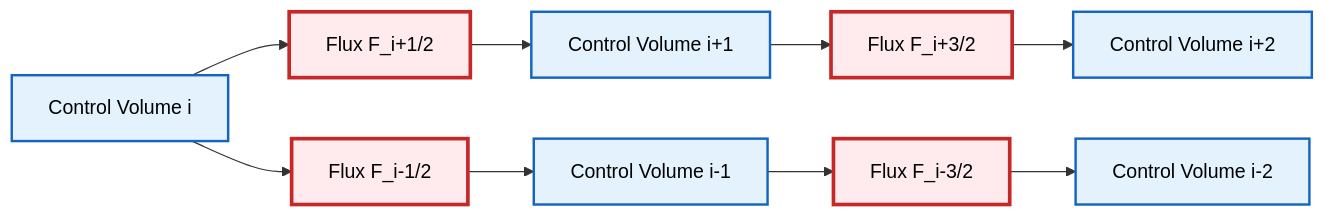
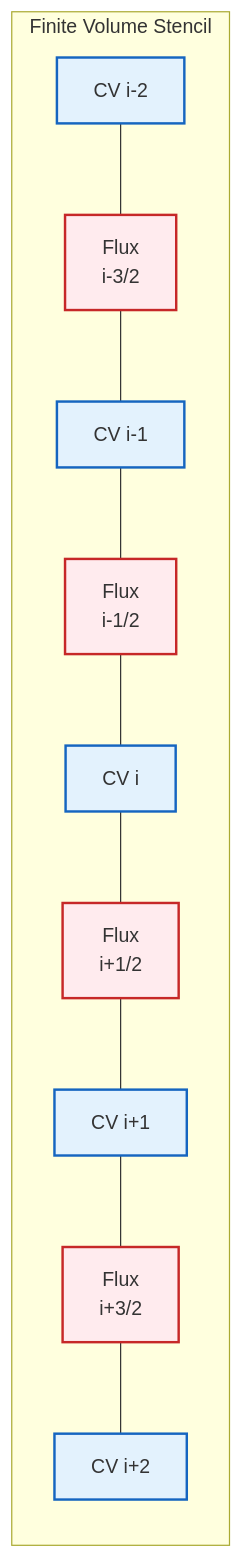
One commit to wramet/build-my-cfd changed the eighth of 8 diagrams in MODULE_01_CFD_FUNDAMENTALS/CONTENT/02_FINITE_VOLUME_METHOD/02_Fundamental_Concepts.md. Above: the diagram before and after it, drawn with Mermaid. The commit also changed other lines of this file and 313 other files, not shown here.

Commit message:
Revise all diagram

````diff
--- a/MODULE_01_CFD_FUNDAMENTALS/CONTENT/02_FINITE_VOLUME_METHOD/02_Fundamental_Concepts.md
+++ b/MODULE_01_CFD_FUNDAMENTALS/CONTENT/02_FINITE_VOLUME_METHOD/02_Fundamental_Concepts.md
@@ -437,26 +398,22 @@
 ```mermaid
 graph LR
-    A["Control Volume i"] --> B["Flux F_i+1/2"]
-    B --> C["Control Volume i+1"]
-    C --> D["Flux F_i+3/2"]
-    D --> E["Control Volume i+2"]
+classDef implicit fill:#e3f2fd,stroke:#1565c0,stroke-width:2px;
+classDef explicit fill:#ffebee,stroke:#c62828,stroke-width:2px;
 
-    A --> F["Flux F_i-1/2"]
-    F --> G["Control Volume i-1"]
-    G --> H["Flux F_i-3/2"]
-    H --> I["Control Volume i-2"]
+subgraph Stencil["Finite Volume Stencil"]
+    C_WW["CV i-2"]:::implicit
+    F_WW["Flux<br/>i-3/2"]:::explicit
+    C_W["CV i-1"]:::implicit
+    F_W["Flux<br/>i-1/2"]:::explicit
+    C_P["CV i"]:::implicit
+    F_E["Flux<br/>i+1/2"]:::explicit
+    C_E["CV i+1"]:::implicit
+    F_EE["Flux<br/>i+3/2"]:::explicit
+    C_EE["CV i+2"]:::implicit
+end
 
-    style A fill:#e3f2fd,stroke:#1565c0,stroke-width:2px,color:#000;
-    style C fill:#e3f2fd,stroke:#1565c0,stroke-width:2px,color:#000;
-    style E fill:#e3f2fd,stroke:#1565c0,stroke-width:2px,color:#000;
-    style G fill:#e3f2fd,stroke:#1565c0,stroke-width:2px,color:#000;
-    style I fill:#e3f2fd,stroke:#1565c0,stroke-width:2px,color:#000;
-
-    style B fill:#ffebee,stroke:#c62828,stroke-width:3px,color:#000;
-    style D fill:#ffebee,stroke:#c62828,stroke-width:3px,color:#000;
-    style F fill:#ffebee,stroke:#c62828,stroke-width:3px,color:#000;
-    style H fill:#ffebee,stroke:#c62828,stroke-width:3px,color:#000;
-
-    classDef cell fill:#e3f2fd,stroke:#1565c0,stroke-width:2px,color:#000;
-    classDef flux fill:#ffebee,stroke:#c62828,stroke-width:3px,color:#000;
+C_WW --- F_WW --- C_W
+C_W --- F_W --- C_P
+C_P --- F_E --- C_E
+C_E --- F_EE --- C_EE
 ```
````
